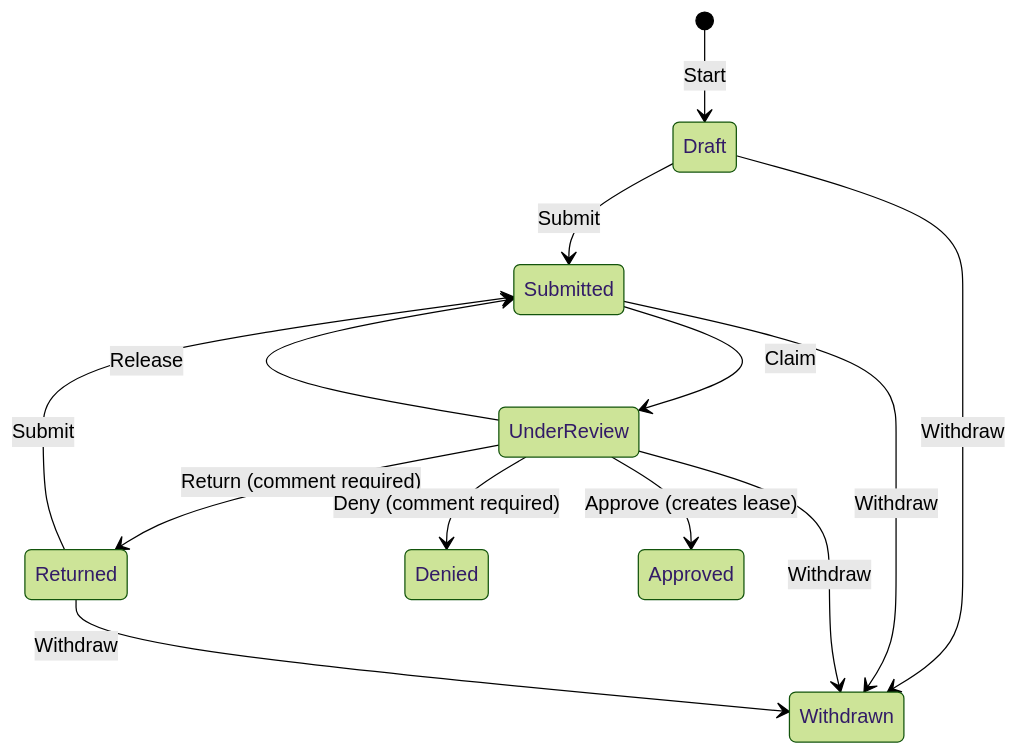
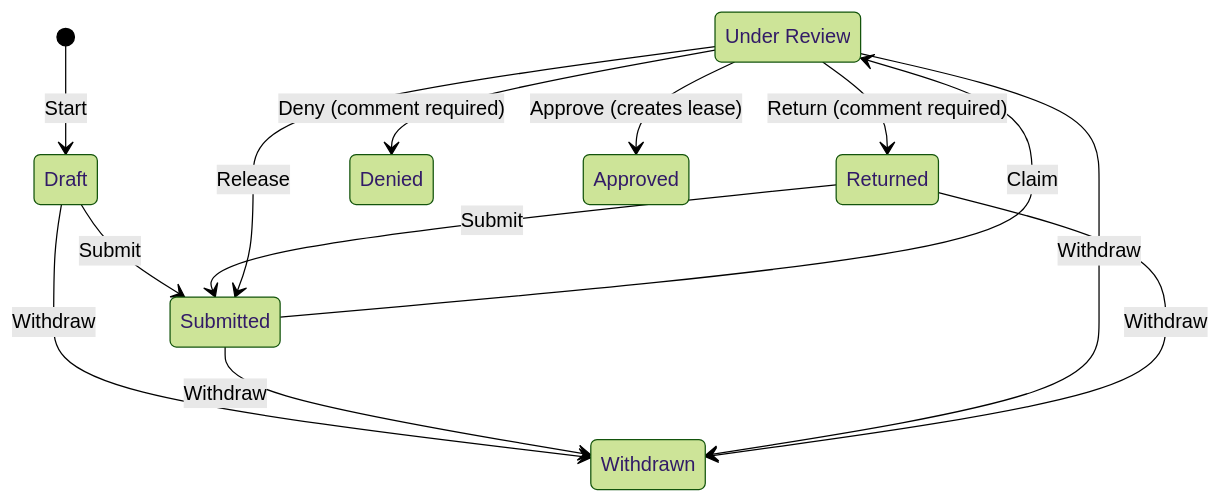
One commit to Cevans555/PropertyManagementCompany changed the first of 2 diagrams in docs/architecture.md. Above: the diagram before and after it, drawn with Mermaid (forest theme). The commit also changed other lines of this file, not shown here.

Commit message:
Show Under Review with a space in the status diagram and name the write path precisely

````diff
--- a/docs/architecture.md
+++ b/docs/architecture.md
@@ -21,15 +21,16 @@
 ```mermaid
 stateDiagram-v2
+    state "Under Review" as UnderReview
     [*] --> Draft: Start
     Draft --> Submitted: Submit
     Returned --> Submitted: Submit
     Submitted --> UnderReview: Claim
     UnderReview --> Submitted: Release
     UnderReview --> Returned: Return (comment required)
     UnderReview --> Denied: Deny (comment required)
     UnderReview --> Approved: Approve (creates lease)
     Draft --> Withdrawn: Withdraw
     Submitted --> Withdrawn: Withdraw
     UnderReview --> Withdrawn: Withdraw
     Returned --> Withdrawn: Withdraw
 ```
````
